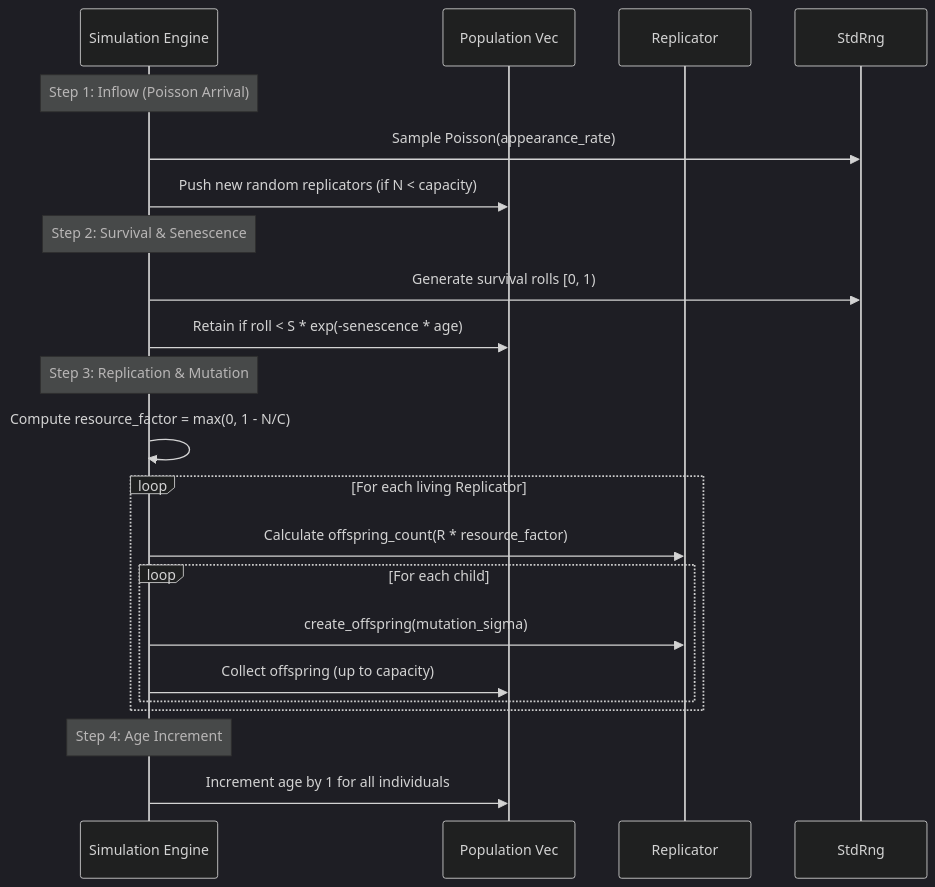
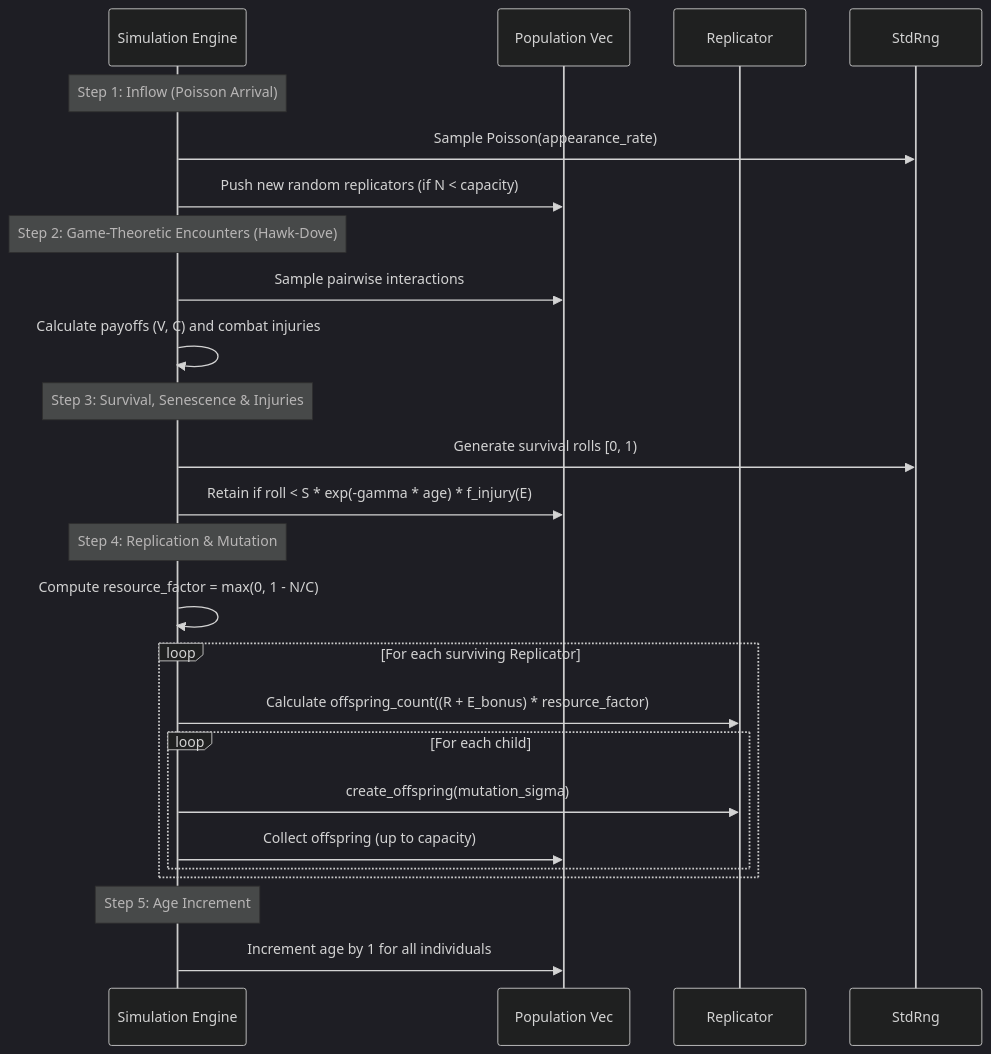
The second of 2 diagrams in docs/architecture.md (vikman90/selfish-gene), drawn with Mermaid (dark theme) before and after one commit. The commit also changed other lines of this file and 2 other files, not shown here.

Commit message:
docs: document Hawk-Dove game theory and ESS dynamics

````diff
--- a/docs/architecture.md
+++ b/docs/architecture.md
@@ -92,28 +94,32 @@
 ```mermaid
 sequenceDiagram
     participant Sim as Simulation Engine
     participant Pop as Population Vec
     participant Rep as Replicator
     participant RNG as StdRng
 
     Note over Sim: Step 1: Inflow (Poisson Arrival)
     Sim->>RNG: Sample Poisson(appearance_rate)
     Sim->>Pop: Push new random replicators (if N < capacity)
 
-    Note over Sim: Step 2: Survival & Senescence
+    Note over Sim: Step 2: Game-Theoretic Encounters (Hawk-Dove)
+    Sim->>Pop: Sample pairwise interactions
+    Sim->>Sim: Calculate payoffs (V, C) and combat injuries
+
+    Note over Sim: Step 3: Survival, Senescence & Injuries
     Sim->>RNG: Generate survival rolls [0, 1)
-    Sim->>Pop: Retain if roll < S * exp(-senescence * age)
+    Sim->>Pop: Retain if roll < S * exp(-gamma * age) * f_injury(E)
 
-    Note over Sim: Step 3: Replication & Mutation
+    Note over Sim: Step 4: Replication & Mutation
     Sim->>Sim: Compute resource_factor = max(0, 1 - N/C)
-    loop For each living Replicator
-        Sim->>Rep: Calculate offspring_count(R * resource_factor)
+    loop For each surviving Replicator
+        Sim->>Rep: Calculate offspring_count((R + E_bonus) * resource_factor)
         loop For each child
             Sim->>Rep: create_offspring(mutation_sigma)
             Sim->>Pop: Collect offspring (up to capacity)
         end
     end
 
-    Note over Sim: Step 4: Age Increment
+    Note over Sim: Step 5: Age Increment
     Sim->>Pop: Increment age by 1 for all individuals
 ```
````
